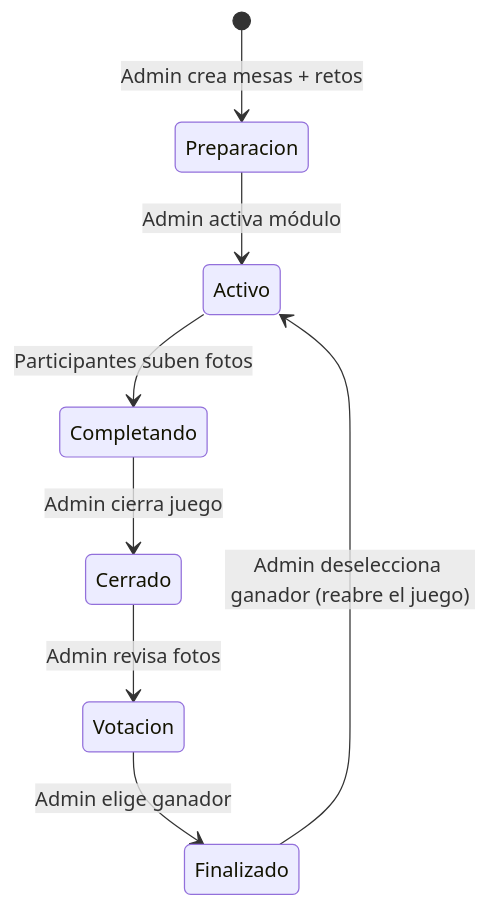
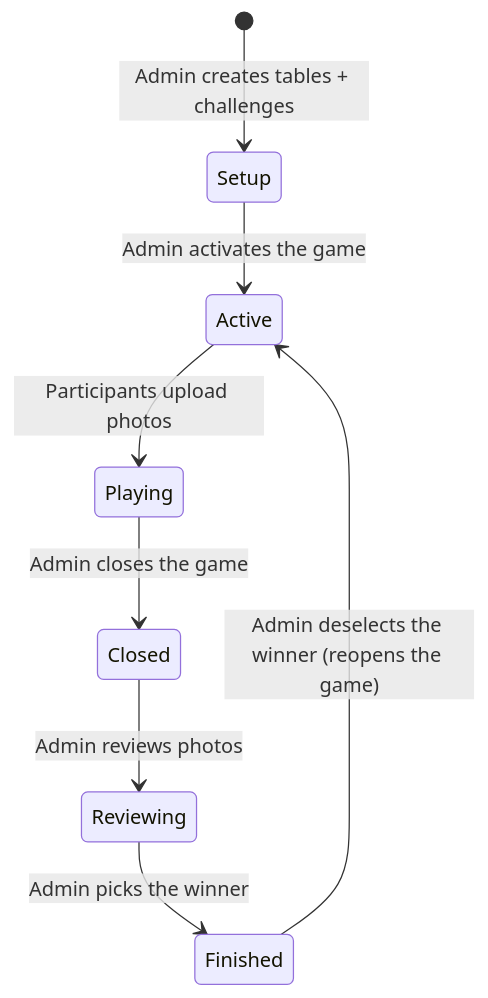
Before and after one commit to juniornff/wedding-photo-manager: the tenth of 12 diagrams in README.md, drawn with Mermaid. The commit also changed other lines of this file and 10 other files, not shown here.

````diff
--- a/README.md
+++ b/README.md
@@ -399,10 +505,10 @@
 ```mermaid
 stateDiagram-v2
-    [*] --> Preparacion: Admin crea mesas + retos
-    Preparacion --> Activo: Admin activa módulo
-    Activo --> Completando: Participantes suben fotos
-    Completando --> Cerrado: Admin cierra juego
-    Cerrado --> Votacion: Admin revisa fotos
-    Votacion --> Finalizado: Admin elige ganador
-    Finalizado --> Activo: Admin deselecciona ganador (reabre el juego)
+    [*] --> Setup: Admin creates tables + challenges
+    Setup --> Active: Admin activates the game
+    Active --> Playing: Participants upload photos
+    Playing --> Closed: Admin closes the game
+    Closed --> Reviewing: Admin reviews photos
+    Reviewing --> Finished: Admin picks the winner
+    Finished --> Active: Admin deselects the winner (reopens the game)
 ```
````
